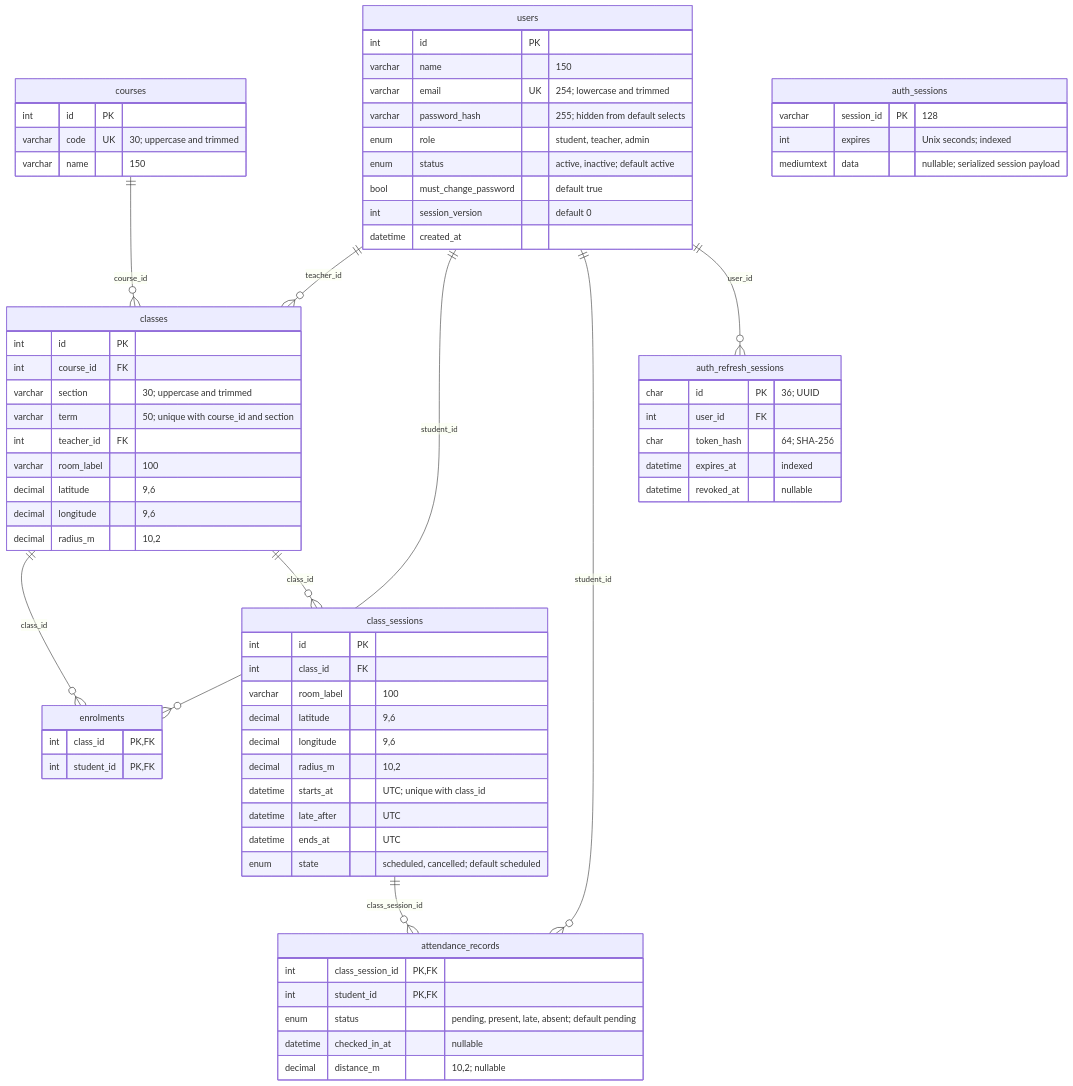
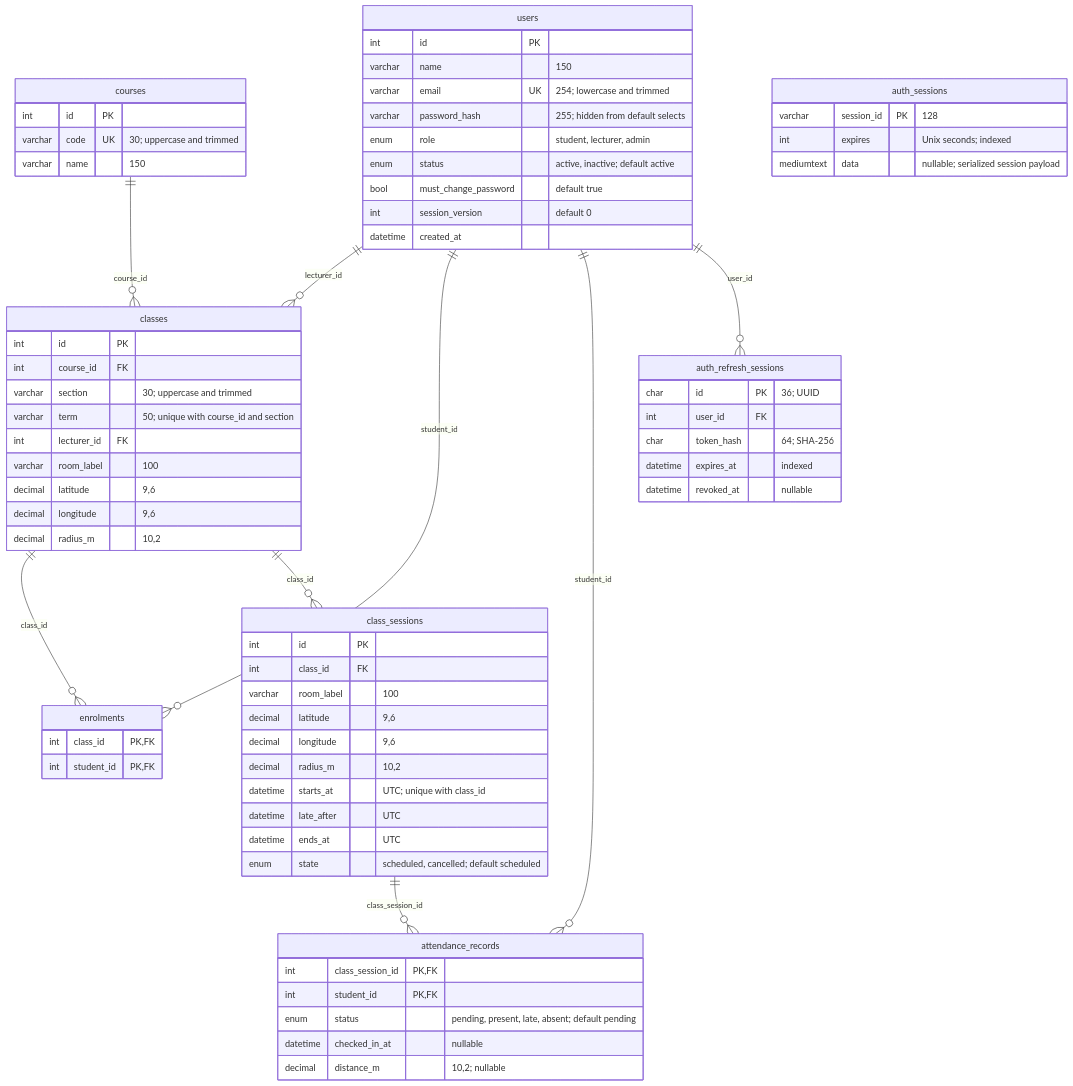
One commit to AungMoeThuam/opentexila-backend changed the diagram in docs/database-erd.md. Above: the diagram before and after it, drawn with Mermaid. The commit also changed 29 other files, not shown here.

Commit message:
refactor(backend): rename teacher to lecturer (role, lecturer_id, relations, docs, tests)

````diff
--- a/docs/database-erd.md
+++ b/docs/database-erd.md
@@ -7,74 +7,74 @@
 ```mermaid
 erDiagram
     courses ||--o{ classes : "course_id"
-    users ||--o{ classes : "teacher_id"
+    users ||--o{ classes : "lecturer_id"
     users ||--o{ enrolments : "student_id"
     classes ||--o{ enrolments : "class_id"
     classes ||--o{ class_sessions : "class_id"
     class_sessions ||--o{ attendance_records : "class_session_id"
     users ||--o{ attendance_records : "student_id"
     users ||--o{ auth_refresh_sessions : "user_id"
 
     users {
         int id PK
         varchar name "150"
         varchar email UK "254; lowercase and trimmed"
         varchar password_hash "255; hidden from default selects"
-        enum role "student, teacher, admin"
+        enum role "student, lecturer, admin"
         enum status "active, inactive; default active"
         bool must_change_password "default true"
         int session_version "default 0"
         datetime created_at
     }
     courses {
         int id PK
         varchar code UK "30; uppercase and trimmed"
         varchar name "150"
     }
     classes {
         int id PK
         int course_id FK
         varchar section "30; uppercase and trimmed"
         varchar term "50; unique with course_id and section"
-        int teacher_id FK
+        int lecturer_id FK
         varchar room_label "100"
         decimal latitude "9,6"
         decimal longitude "9,6"
         decimal radius_m "10,2"
     }
     enrolments {
         int class_id PK, FK
         int student_id PK, FK
     }
     class_sessions {
         int id PK
         int class_id FK
         varchar room_label "100"
         decimal latitude "9,6"
         decimal longitude "9,6"
         decimal radius_m "10,2"
         datetime starts_at "UTC; unique with class_id"
         datetime late_after "UTC"
         datetime ends_at "UTC"
         enum state "scheduled, cancelled; default scheduled"
     }
     attendance_records {
         int class_session_id PK, FK
         int student_id PK, FK
         enum status "pending, present, late, absent; default pending"
         datetime checked_in_at "nullable"
         decimal distance_m "10,2; nullable"
     }
     auth_refresh_sessions {
         char id PK "36; UUID"
         int user_id FK
         char token_hash "64; SHA-256"
         datetime expires_at "indexed"
         datetime revoked_at "nullable"
     }
     auth_sessions {
         varchar session_id PK "128"
         int expires "Unix seconds; indexed"
         mediumtext data "nullable; serialized session payload"
     }
 ```
````
